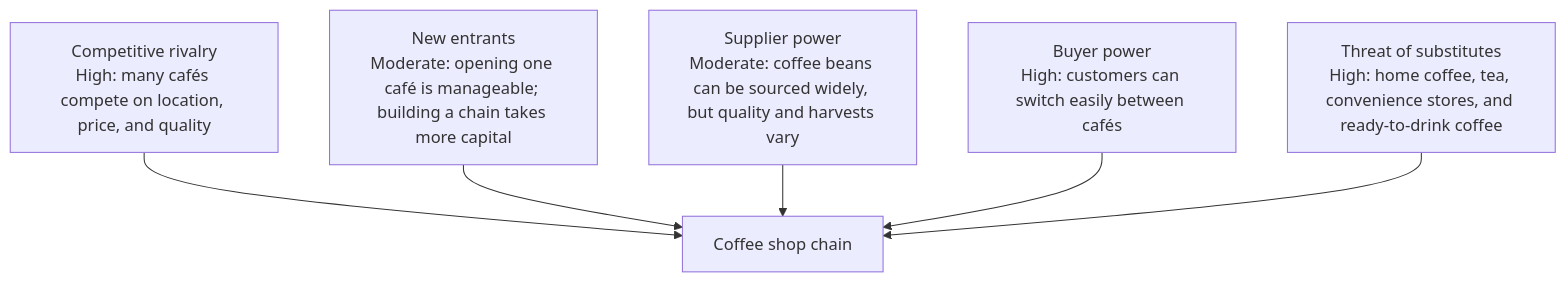
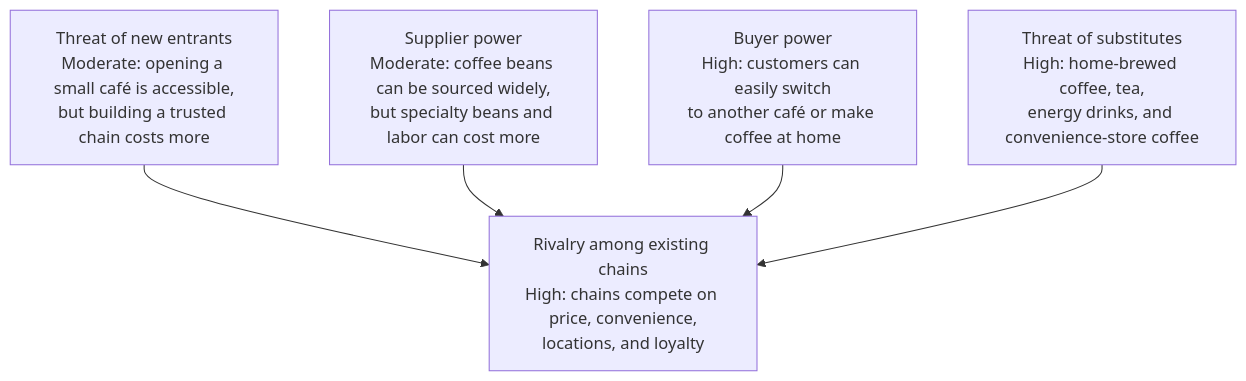
The diagram in eval/figure/generated/luna/b-five-forces.md (vrevolverrr/vicher), drawn with Mermaid before and after one commit. The commit also changed other lines of this file and 145 other files, not shown here.

First line of the commit message:
fix(figure): renderer defects found in the figure rating (#14)

````diff
--- a/eval/figure/generated/luna/b-five-forces.md
+++ b/eval/figure/generated/luna/b-five-forces.md
@@ -3,15 +3,13 @@
 ```mermaid
 flowchart TB
-    C["Coffee shop chain"]
-    R["Competitive rivalry<br/>High: many cafés compete on location, price, and quality"]
-    N["New entrants<br/>Moderate: opening one café is manageable; building a chain takes more capital"]
-    S["Supplier power<br/>Moderate: coffee beans can be sourced widely, but quality and harvests vary"]
-    B["Buyer power<br/>High: customers can switch easily between cafés"]
-    T["Threat of substitutes<br/>High: home coffee, tea, convenience stores, and ready-to-drink coffee"]
+    NEW["Threat of new entrants<br/>Moderate: opening a small café is accessible,<br/>but building a trusted chain costs more"]
+    SUP["Supplier power<br/>Moderate: coffee beans can be sourced widely,<br/>but specialty beans and labor can cost more"]
+    RIVAL["Rivalry among existing chains<br/>High: chains compete on price, convenience,<br/>locations, and loyalty"]
+    BUY["Buyer power<br/>High: customers can easily switch<br/>to another café or make coffee at home"]
+    SUB["Threat of substitutes<br/>High: home-brewed coffee, tea,<br/>energy drinks, and convenience-store coffee"]
 
-    R --> C
-    N --> C
-    S --> C
-    B --> C
-    T --> C
+    NEW --> RIVAL
+    SUP --> RIVAL
+    BUY --> RIVAL
+    SUB --> RIVAL
 ```
````
